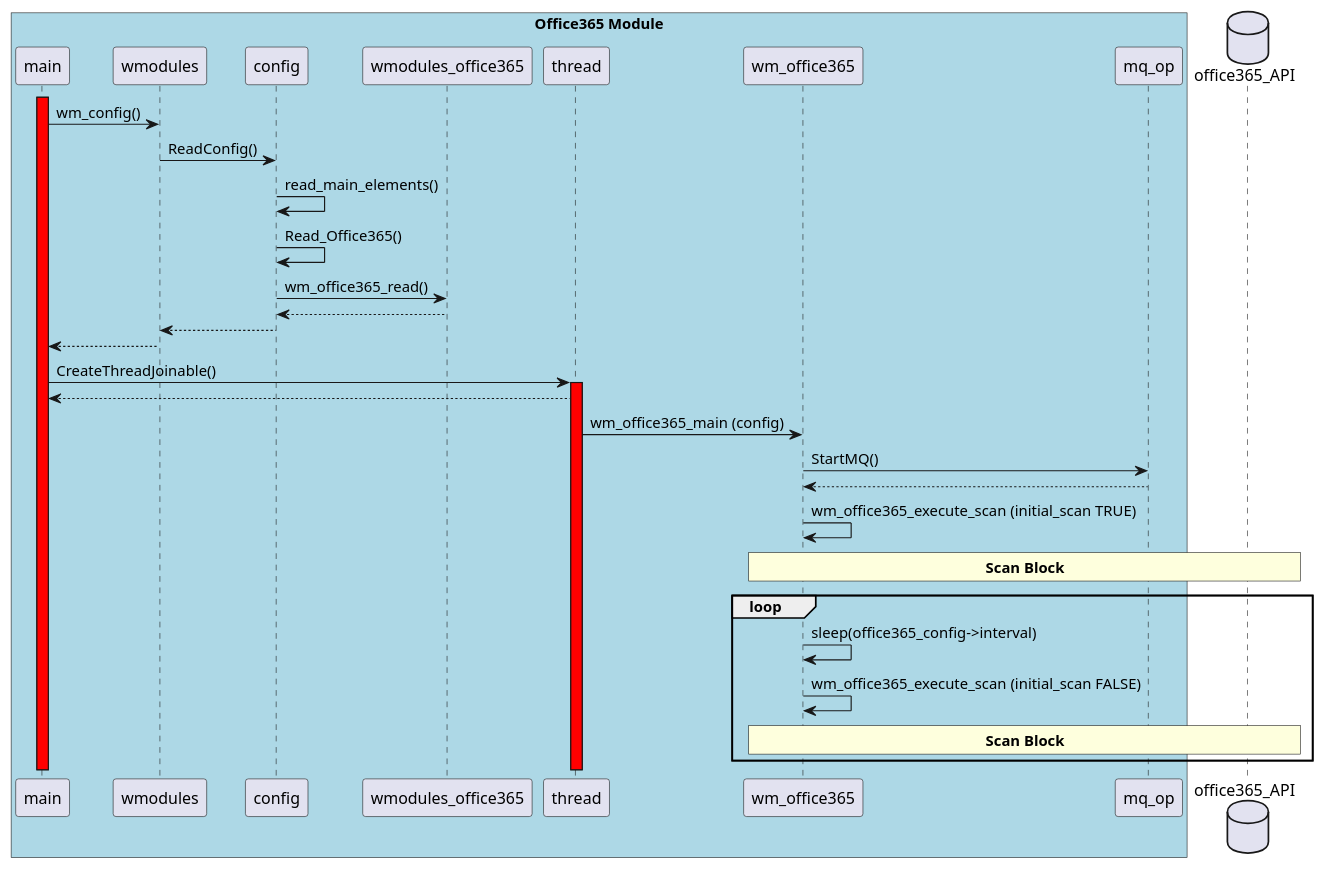
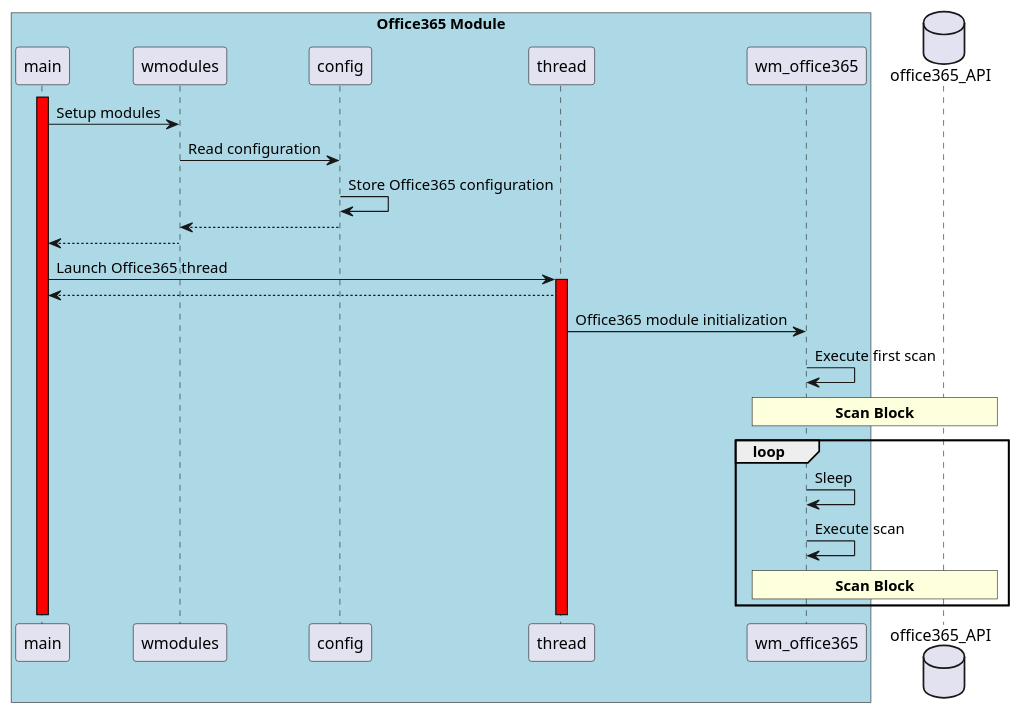
Before and after one commit to wazuh/wazuh-agent: the diagram in architecture/wm_office365/001-sequence.puml, drawn with PlantUML. The commit also changed 1 other file, not shown here.

Commit message:
Rename functions in Office365 module diagram to be more readable

```diff
--- a/architecture/wm_office365/001-sequence.puml
+++ b/architecture/wm_office365/001-sequence.puml
@@ -5,37 +5,29 @@
 @startuml wm_office365
 box "Office365 Module" #LightBlue
 participant main
 participant wmodules
 participant config
-participant wmodules_office365
 participant thread
 participant wm_office365
-participant mq_op
 end box
 
 activate main #Red
-main -> wmodules : wm_config()
-wmodules -> config : ReadConfig()
-config -> config : read_main_elements()
-config -> config : Read_Office365()
-config -> wmodules_office365 : wm_office365_read()
-config <-- wmodules_office365
+main -> wmodules : Setup modules
+wmodules -> config : Read configuration
+config -> config : Store Office365 configuration
 wmodules <-- config
 main <-- wmodules
 
-main -> thread ++ #Red : CreateThreadJoinable()
+main -> thread ++ #Red : Launch Office365 thread
 main <-- thread
-thread -> wm_office365 : wm_office365_main (config) 
-wm_office365 -> mq_op : StartMQ()
-wm_office365 <-- mq_op
-
+thread -> wm_office365 : Office365 module initialization
 
 database office365_API
-wm_office365 -> wm_office365 : wm_office365_execute_scan (initial_scan TRUE)
+wm_office365 -> wm_office365 : Execute first scan
 rnote over wm_office365, office365_API: **Scan Block**
 loop
-    wm_office365 -> wm_office365 : sleep(office365_config->interval)
-    wm_office365 -> wm_office365 : wm_office365_execute_scan (initial_scan FALSE)
+    wm_office365 -> wm_office365 : Sleep
+    wm_office365 -> wm_office365 : Execute scan
     rnote over wm_office365, office365_API: **Scan Block**
 end
 @enduml wm_office365
```
